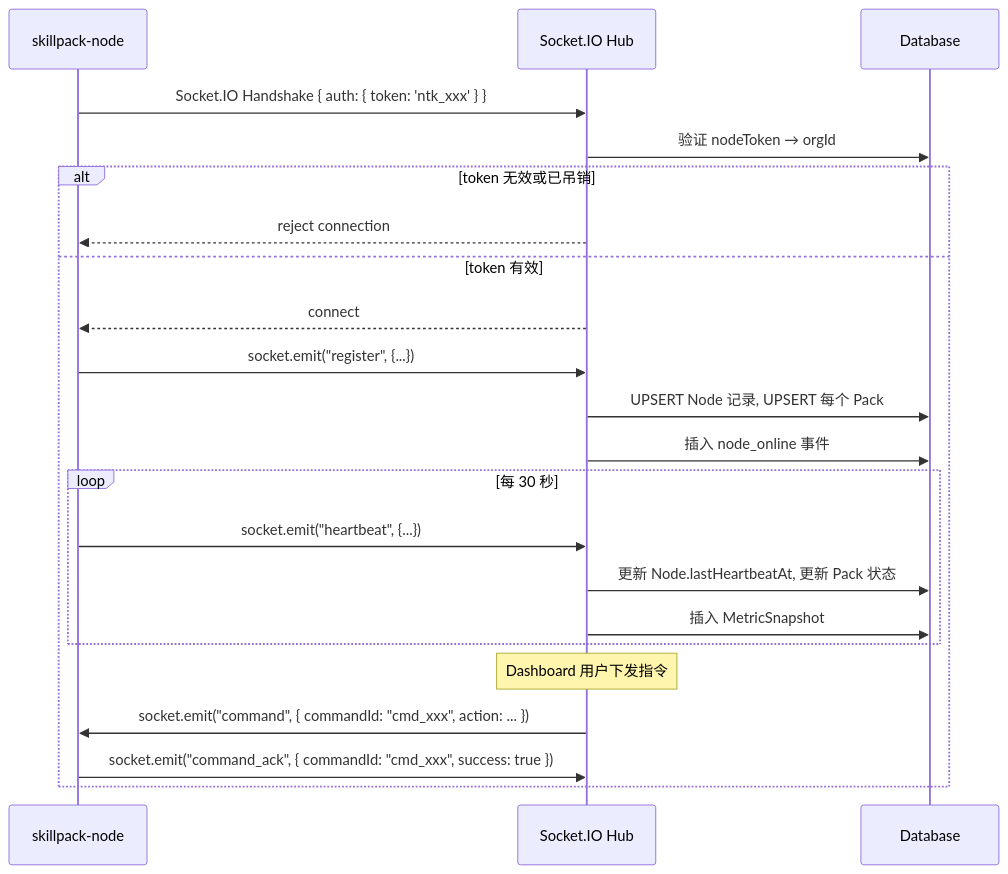
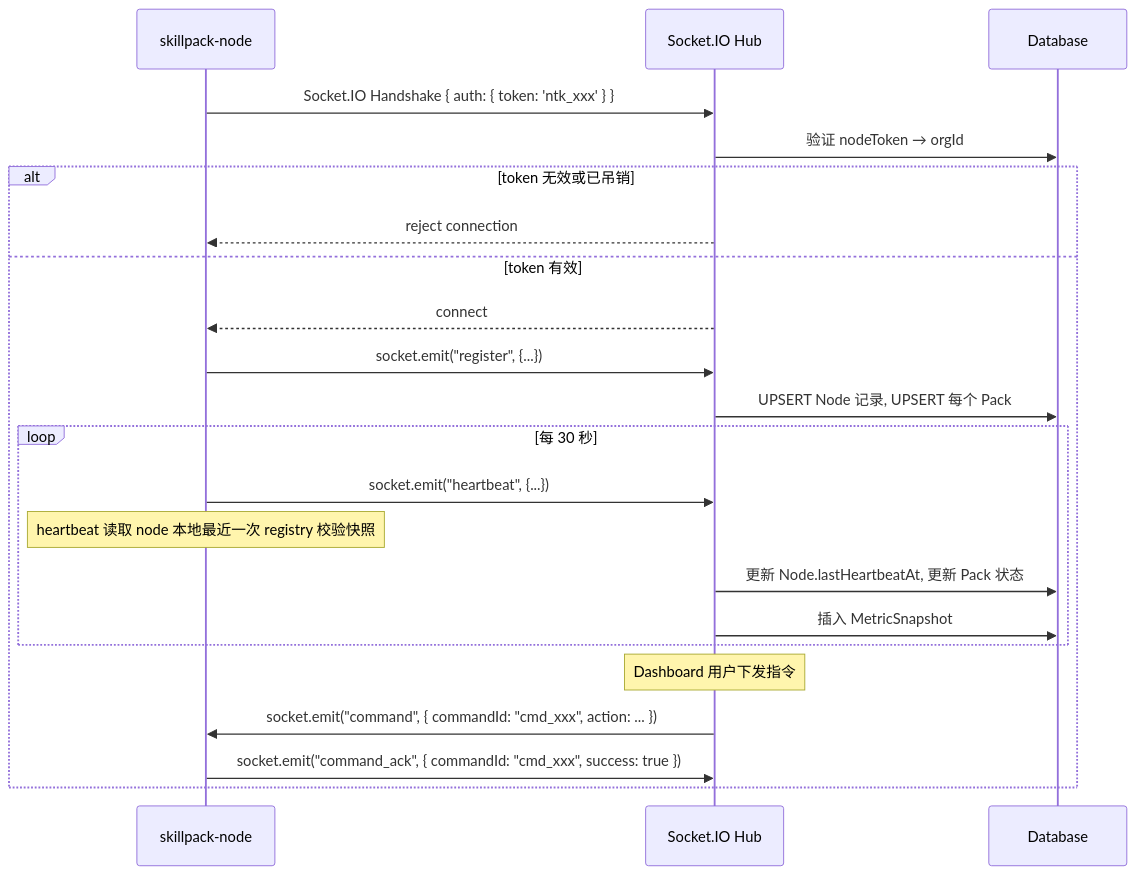
The second of 5 diagrams in docs/todo/enterprise_dashboard_plan.md (CreminiAI/skillpack), drawn with Mermaid before and after one commit. The commit also changed other lines of this file and 3 other files, not shown here.

````diff
--- a/docs/todo/enterprise_dashboard_plan.md
+++ b/docs/todo/enterprise_dashboard_plan.md
@@ -168,27 +157,27 @@
 ```mermaid
 sequenceDiagram
     participant Node as skillpack-node
     participant SI as Socket.IO Hub
     participant DB as Database
 
     Node->>SI: Socket.IO Handshake { auth: { token: 'ntk_xxx' } }
     SI->>DB: 验证 nodeToken → orgId
     alt token 无效或已吊销
         SI-->>Node: reject connection
     else token 有效
         SI-->>Node: connect
         Node->>SI: socket.emit("register", {...})
         SI->>DB: UPSERT Node 记录, UPSERT 每个 Pack
-        SI->>DB: 插入 node_online 事件
 
         loop 每 30 秒
             Node->>SI: socket.emit("heartbeat", {...})
+            Note over Node: heartbeat 读取 node 本地最近一次 registry 校验快照
             SI->>DB: 更新 Node.lastHeartbeatAt, 更新 Pack 状态
             SI->>DB: 插入 MetricSnapshot
         end
 
         Note over SI: Dashboard 用户下发指令
         SI->>Node: socket.emit("command", { commandId: "cmd_xxx", action: ... })
         Node->>SI: socket.emit("command_ack", { commandId: "cmd_xxx", success: true })
     end
 ```
````
